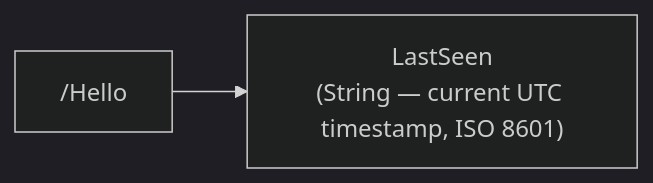
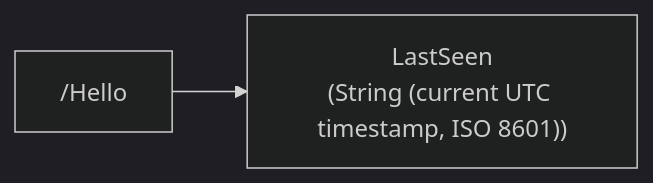
Before and after one commit to SchneiderElectricBuildings/SmartConnector: the first of 2 diagrams in examples/QuickStart.HelloEws/README.md, drawn with Mermaid (dark theme). The commit also changed other lines of this file and 26 other files, not shown here.

````diff
--- a/examples/QuickStart.HelloEws/README.md
+++ b/examples/QuickStart.HelloEws/README.md
@@ -109,4 +109,4 @@
 ```mermaid
 flowchart LR
-    Root["/Hello"] --> LastSeen["LastSeen<br/>(String — current UTC timestamp, ISO 8601)"]
+    Root["/Hello"] --> LastSeen["LastSeen<br/>(String (current UTC timestamp, ISO 8601))"]
 ```
````
